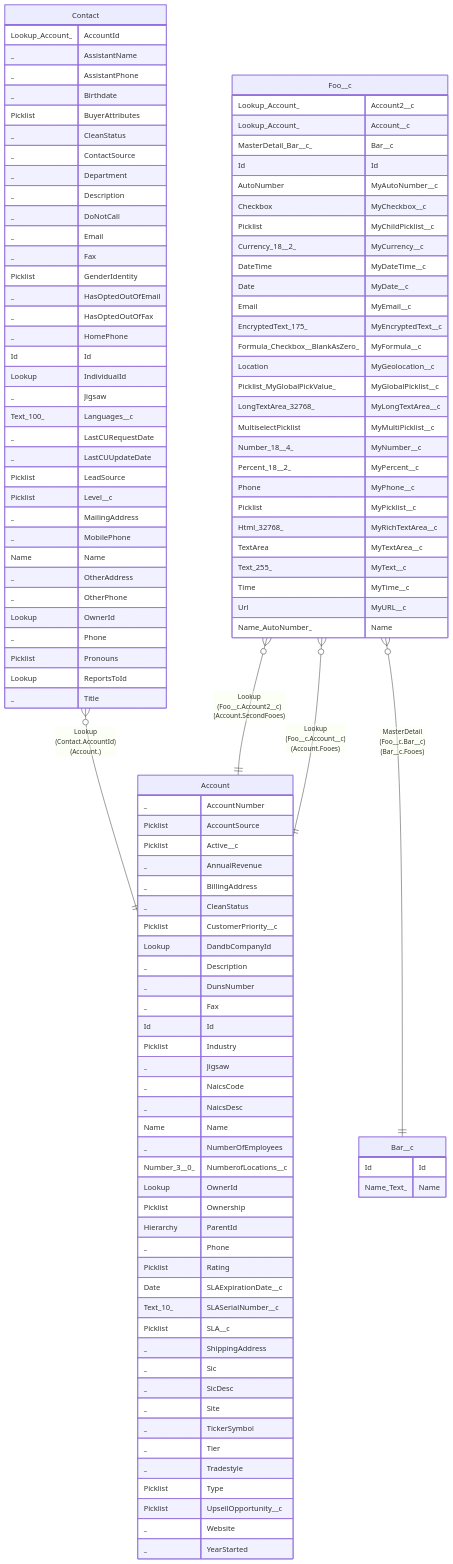
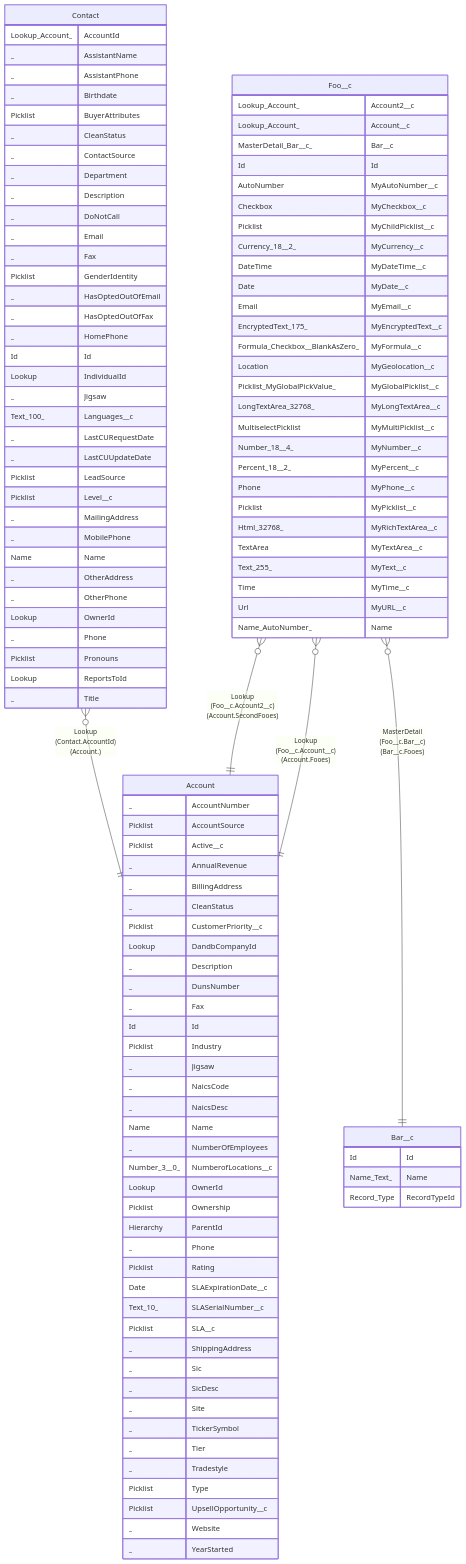
Before and after one commit to shellyln/tbls-driver-sf-cli-meta: the diagram in sample/viewpoint-0.md, drawn with Mermaid. The commit also changed other lines of this file and 7 other files, not shown here.

```diff
--- a/sample/viewpoint-0.md
+++ b/sample/viewpoint-0.md
@@ -87,6 +87,7 @@
 "Bar__c" {
   Id Id
   Name_Text_ Name
+  Record_Type RecordTypeId
 }
 "Contact" {
   Lookup_Account_ AccountId
```
